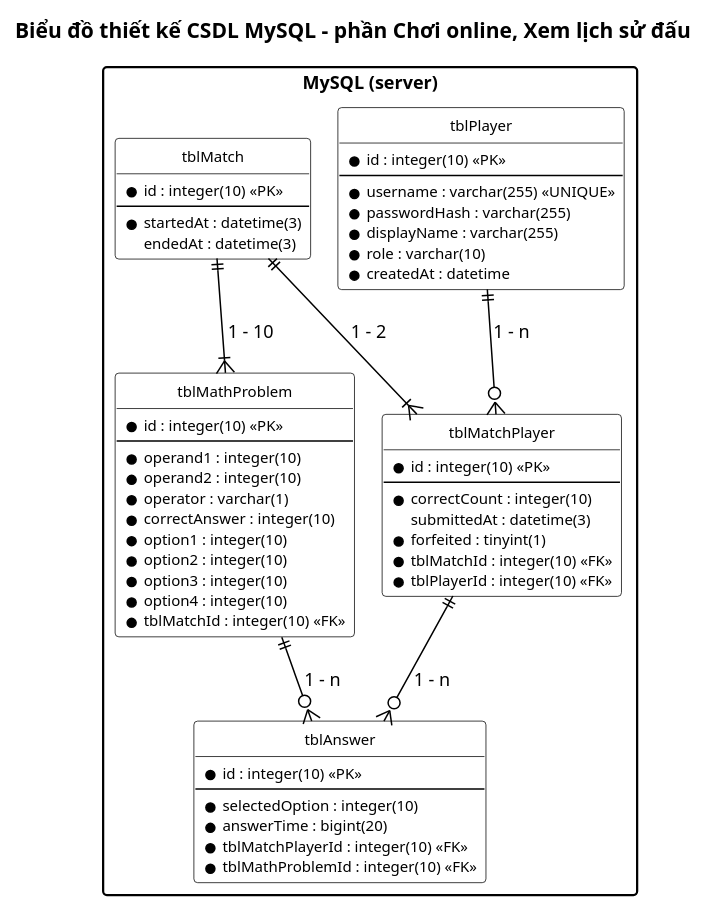
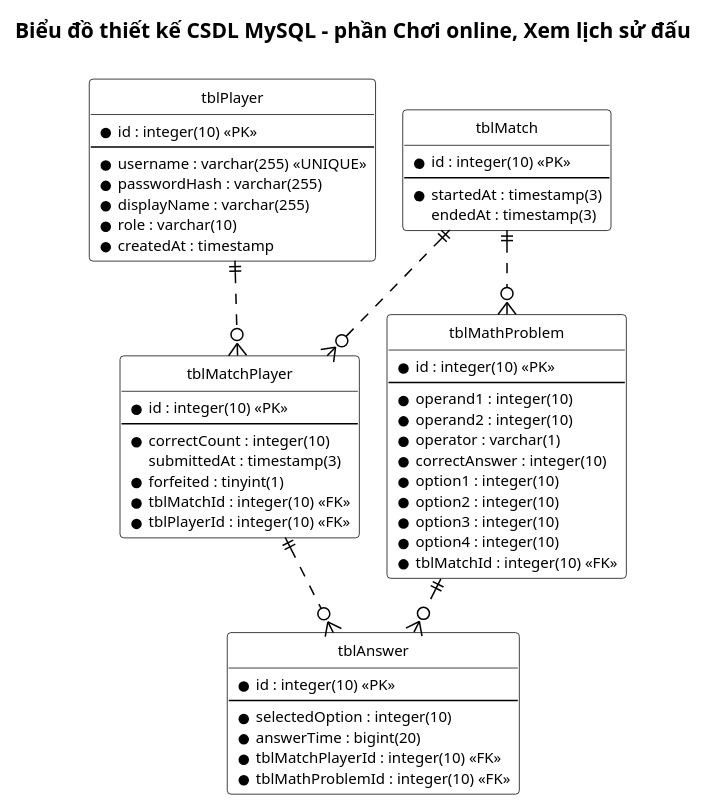
Before and after one commit to HungNguyenBa1811/math-dash: the diagram in docs/hung/csdl-mysql.puml, drawn with PlantUML. The commit also changed 113 other files, not shown here.

```diff
--- a/docs/hung/csdl-mysql.puml
+++ b/docs/hung/csdl-mysql.puml
@@ -1,73 +1,70 @@
 @startuml csdl-mysql
 !pragma layout smetana
 ' === VP Base Theme v2 ===
 skinparam defaultFontName "Segoe UI"
 skinparam defaultFontSize 12
 skinparam shadowing false
 skinparam arrowColor #000000
 skinparam lineColor #000000
 hide circle
 skinparam class {
   BackgroundColor #FFFFFF
   BorderColor #000000
   FontSize 11
   AttributeFontSize 10
 }
 skinparam packageStyle rectangle
 title Biểu đồ thiết kế CSDL MySQL – phần Chơi online, Xem lịch sử đấu
 
-package "MySQL (server)" {
-  entity "tblPlayer" as SP {
-    * id : integer(10) <<PK>>
-    --
-    * username : varchar(255) <<UNIQUE>>
-    * passwordHash : varchar(255)
-    * displayName : varchar(255)
-    * role : varchar(10)
-    * createdAt : datetime
-  }
-  entity "tblMatch" as SM {
-    * id : integer(10) <<PK>>
-    --
-    * startedAt : datetime(3)
-    endedAt : datetime(3)
-  }
-  entity "tblMathProblem" as SQ {
-    * id : integer(10) <<PK>>
-    --
-    * operand1 : integer(10)
-    * operand2 : integer(10)
-    * operator : varchar(1)
-    * correctAnswer : integer(10)
-    * option1 : integer(10)
-    * option2 : integer(10)
-    * option3 : integer(10)
-    * option4 : integer(10)
-    * tblMatchId : integer(10) <<FK>>
-  }
-  entity "tblMatchPlayer" as SMP {
-    * id : integer(10) <<PK>>
-    --
-    * correctCount : integer(10)
-    submittedAt : datetime(3)
-    * forfeited : tinyint(1)
-    * tblMatchId : integer(10) <<FK>>
-    * tblPlayerId : integer(10) <<FK>>
-  }
-  entity "tblAnswer" as SA {
-    * id : integer(10) <<PK>>
-    --
-    * selectedOption : integer(10)
-    * answerTime : bigint(20)
-    * tblMatchPlayerId : integer(10) <<FK>>
-    * tblMathProblemId : integer(10) <<FK>>
-  }
+entity "tblPlayer" as SP {
+  * id : integer(10) <<PK>>
+  --
+  * username : varchar(255) <<UNIQUE>>
+  * passwordHash : varchar(255)
+  * displayName : varchar(255)
+  * role : varchar(10)
+  * createdAt : timestamp
+}
+entity "tblMatch" as SM {
+  * id : integer(10) <<PK>>
+  --
+  * startedAt : timestamp(3)
+  endedAt : timestamp(3)
+}
+entity "tblMathProblem" as SQ {
+  * id : integer(10) <<PK>>
+  --
+  * operand1 : integer(10)
+  * operand2 : integer(10)
+  * operator : varchar(1)
+  * correctAnswer : integer(10)
+  * option1 : integer(10)
+  * option2 : integer(10)
+  * option3 : integer(10)
+  * option4 : integer(10)
+  * tblMatchId : integer(10) <<FK>>
+}
+entity "tblMatchPlayer" as SMP {
+  * id : integer(10) <<PK>>
+  --
+  * correctCount : integer(10)
+  submittedAt : timestamp(3)
+  * forfeited : tinyint(1)
+  * tblMatchId : integer(10) <<FK>>
+  * tblPlayerId : integer(10) <<FK>>
+}
+entity "tblAnswer" as SA {
+  * id : integer(10) <<PK>>
+  --
+  * selectedOption : integer(10)
+  * answerTime : bigint(20)
+  * tblMatchPlayerId : integer(10) <<FK>>
+  * tblMathProblemId : integer(10) <<FK>>
 }
 
-
-SM ||--|{ SMP : "1 - 2"
-SM ||--|{ SQ : "1 - 10"
-SP ||--o{ SMP : "1 - n"
-SMP ||--o{ SA : "1 - n"
-SQ ||--o{ SA : "1 - n"
+SM ||..o{ SMP
+SM ||..o{ SQ
+SP ||..o{ SMP
+SMP ||..o{ SA
+SQ ||..o{ SA
 @enduml
```
